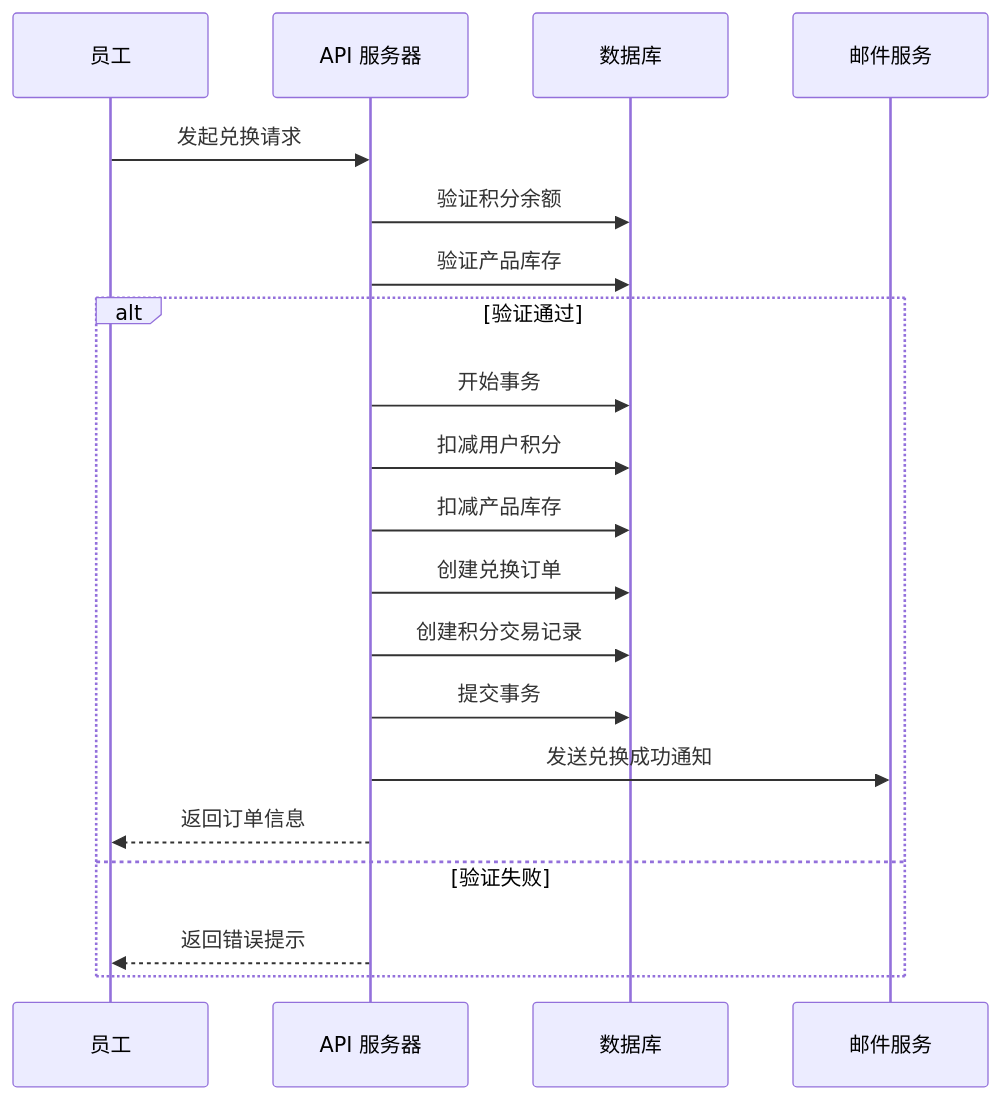
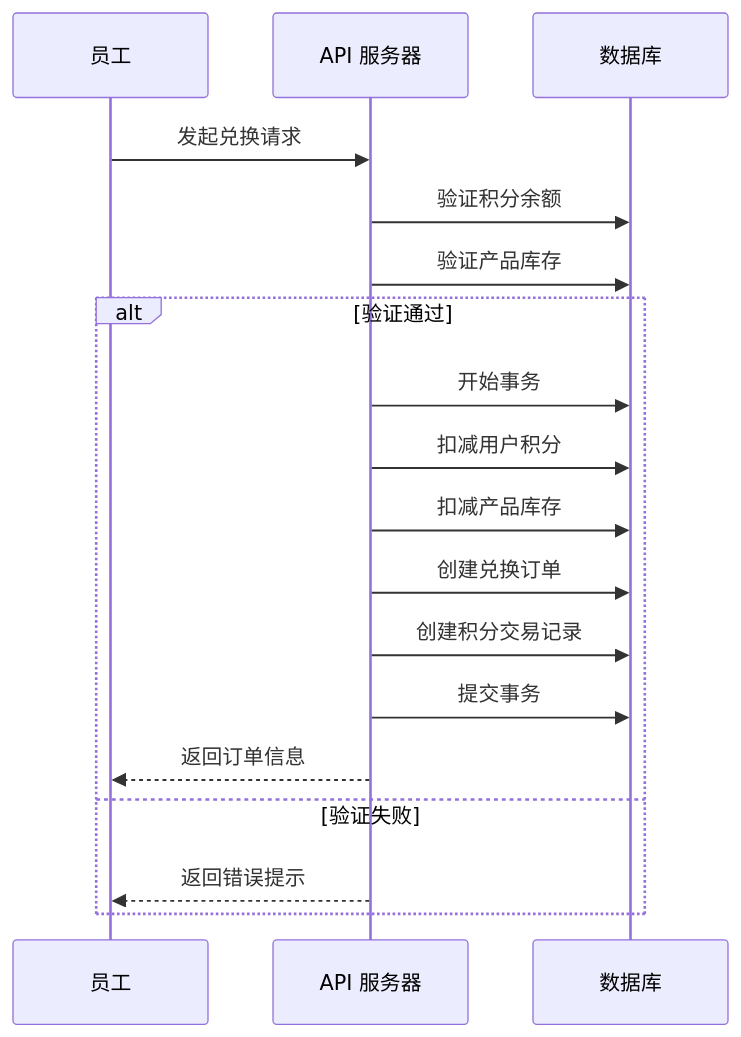
Before and after one commit to Holiver/ai-dlc-8: the seventh of 9 diagrams in .kiro/specs/awsome-shop/design.md, drawn with Mermaid. The commit also changed other lines of this file and 7 other files, not shown here.

````diff
--- a/.kiro/specs/awsome-shop/design.md
+++ b/.kiro/specs/awsome-shop/design.md
@@ -616,23 +583,21 @@
 ```mermaid
 sequenceDiagram
     participant User as 员工
     participant API as API 服务器
     participant DB as 数据库
-    participant Email as 邮件服务
     
     User->>API: 发起兑换请求
     API->>DB: 验证积分余额
     API->>DB: 验证产品库存
     alt 验证通过
         API->>DB: 开始事务
         API->>DB: 扣减用户积分
         API->>DB: 扣减产品库存
         API->>DB: 创建兑换订单
         API->>DB: 创建积分交易记录
         API->>DB: 提交事务
-        API->>Email: 发送兑换成功通知
         API-->>User: 返回订单信息
     else 验证失败
         API-->>User: 返回错误提示
     end
 ```
````
